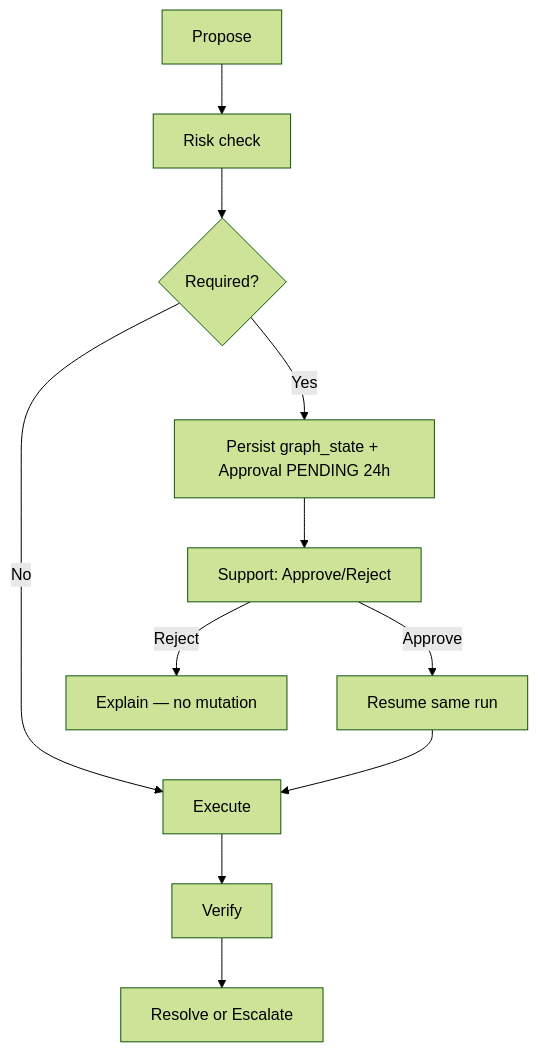
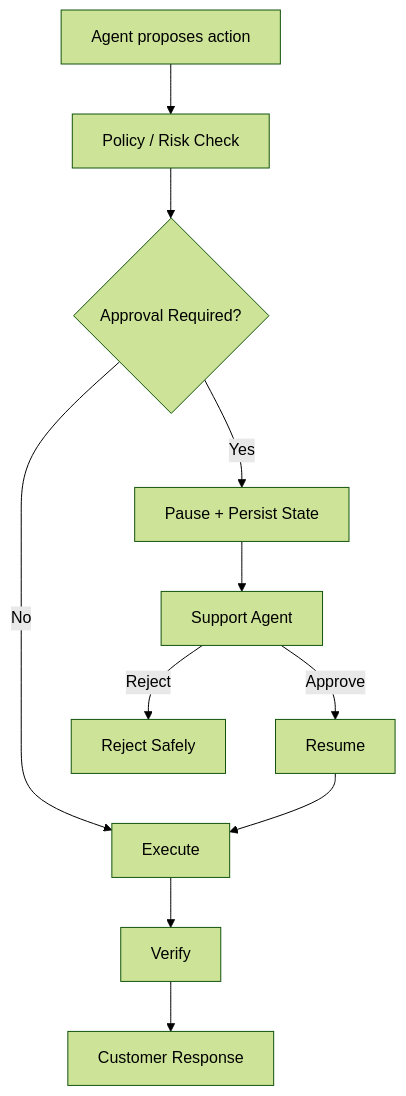
Before and after one commit to bkk07/northstar-worker: the third of 4 diagrams in README.md, drawn with Mermaid (forest theme). The commit also changed other lines of this file and 1 other file, not shown here.

First line of the commit message:
docs: fix links, images, structure and architecture doc

````diff
--- a/README.md
+++ b/README.md
@@ -87,10 +224,16 @@
 ```mermaid
 flowchart TD
-    A[Propose] --> R[Risk check] --> H{Required?}
-    H -->|No| E[Execute]
-    H -->|Yes| P[Persist graph_state + Approval PENDING 24h]
-    P --> S[Support: Approve/Reject]
-    S -->|Approve| RS[Resume same run] --> E
-    S -->|Reject| RJ[Explain — no mutation]
-    E --> V[Verify] --> D[Resolve or Escalate]
+    A[Agent proposes action] --> P[Policy / Risk Check]
+    P --> H{Approval Required?}
+
+    H -->|No| X[Execute]
+    H -->|Yes| W[Pause + Persist State]
+
+    W --> S[Support Agent]
+    S -->|Approve| R[Resume]
+    S -->|Reject| J[Reject Safely]
+
+    R --> X
+    X --> V[Verify]
+    V --> C[Customer Response]
 ```
````
